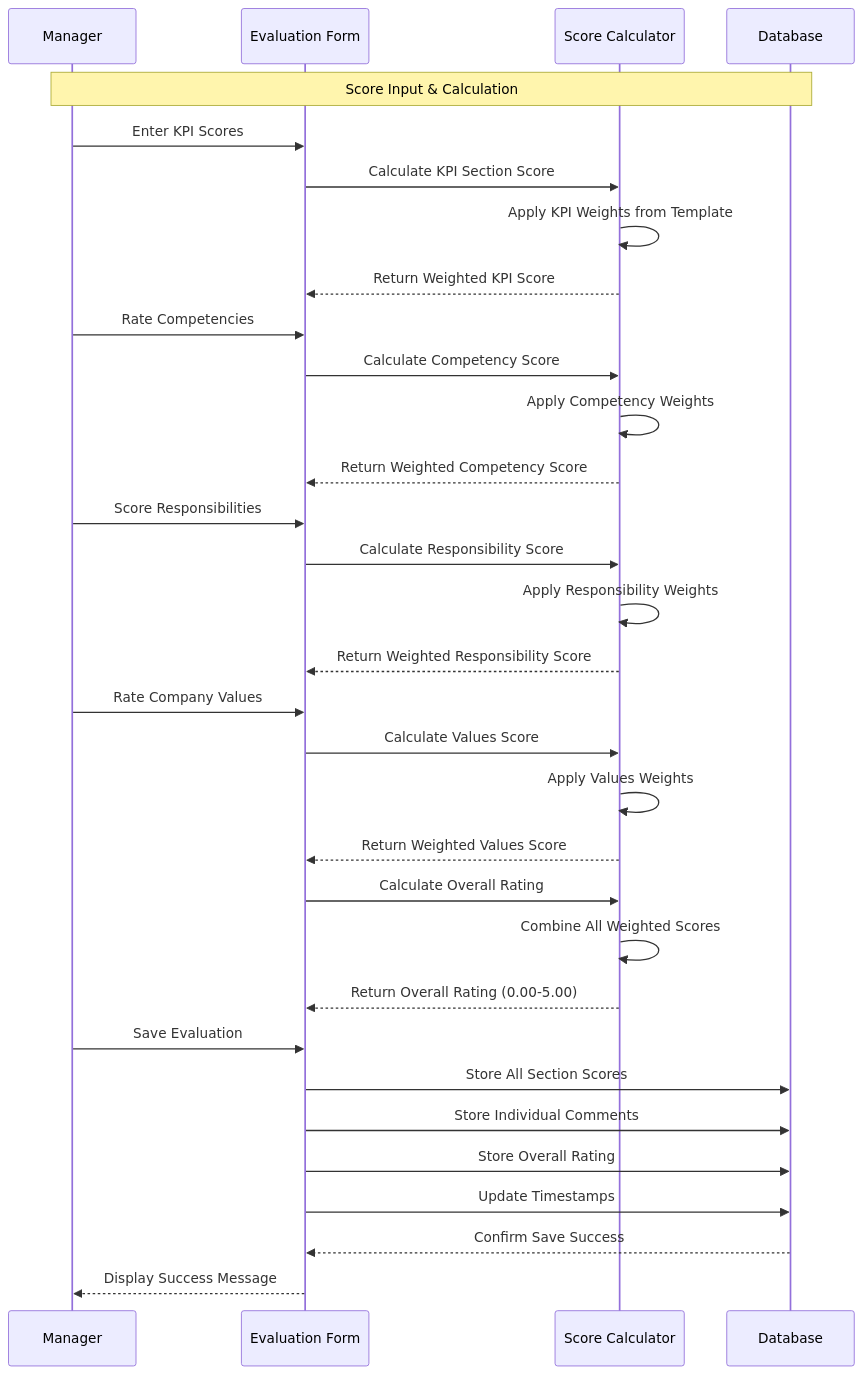
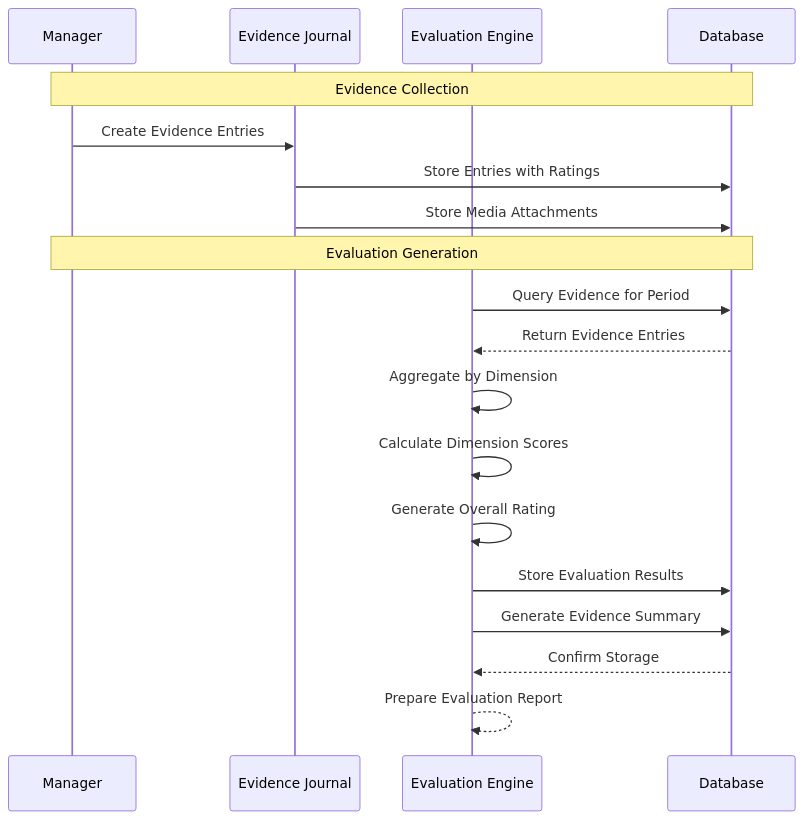
Before and after one commit to rascazzione/Universal-Development-HR-Sytem: the eighth of 9 diagrams in docs/ARCHITECTURE_DESIGN.md, drawn with Mermaid. The commit also changed other lines of this file and 19 other files, not shown here.

````diff
--- a/docs/ARCHITECTURE_DESIGN.md
+++ b/docs/ARCHITECTURE_DESIGN.md
@@ -516,40 +534,23 @@
 ```mermaid
 sequenceDiagram
     participant MGR as Manager
-    participant FORM as Evaluation Form
-    participant CALC as Score Calculator
+    participant JOURNAL as Evidence Journal
+    participant EVAL as Evaluation Engine
     participant DB as Database
 
-    Note over MGR,DB: Score Input & Calculation
-    MGR->>FORM: Enter KPI Scores
-    FORM->>CALC: Calculate KPI Section Score
-    CALC->>CALC: Apply KPI Weights from Template
-    CALC-->>FORM: Return Weighted KPI Score
+    Note over MGR,DB: Evidence Collection
+    MGR->>JOURNAL: Create Evidence Entries
+    JOURNAL->>DB: Store Entries with Ratings
+    JOURNAL->>DB: Store Media Attachments
 
-    MGR->>FORM: Rate Competencies
-    FORM->>CALC: Calculate Competency Score
-    CALC->>CALC: Apply Competency Weights
-    CALC-->>FORM: Return Weighted Competency Score
-
-    MGR->>FORM: Score Responsibilities
-    FORM->>CALC: Calculate Responsibility Score
-    CALC->>CALC: Apply Responsibility Weights
-    CALC-->>FORM: Return Weighted Responsibility Score
-
-    MGR->>FORM: Rate Company Values
-    FORM->>CALC: Calculate Values Score
-    CALC->>CALC: Apply Values Weights
-    CALC-->>FORM: Return Weighted Values Score
-
-    FORM->>CALC: Calculate Overall Rating
-    CALC->>CALC: Combine All Weighted Scores
-    CALC-->>FORM: Return Overall Rating (0.00-5.00)
-
-    MGR->>FORM: Save Evaluation
-    FORM->>DB: Store All Section Scores
-    FORM->>DB: Store Individual Comments
-    FORM->>DB: Store Overall Rating
-    FORM->>DB: Update Timestamps
-    DB-->>FORM: Confirm Save Success
-    FORM-->>MGR: Display Success Message
+    Note over MGR,DB: Evaluation Generation
+    EVAL->>DB: Query Evidence for Period
+    DB-->>EVAL: Return Evidence Entries
+    EVAL->>EVAL: Aggregate by Dimension
+    EVAL->>EVAL: Calculate Dimension Scores
+    EVAL->>EVAL: Generate Overall Rating
+    EVAL->>DB: Store Evaluation Results
+    EVAL->>DB: Generate Evidence Summary
+    DB-->>EVAL: Confirm Storage
+    EVAL-->>EVAL: Prepare Evaluation Report
 ```
````
